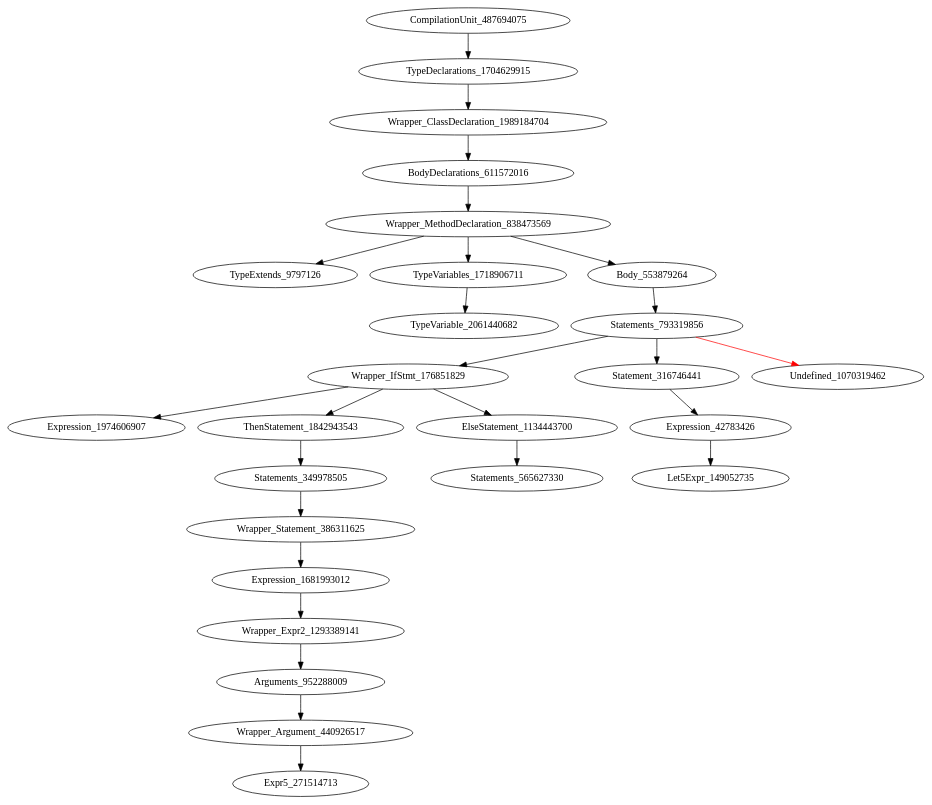
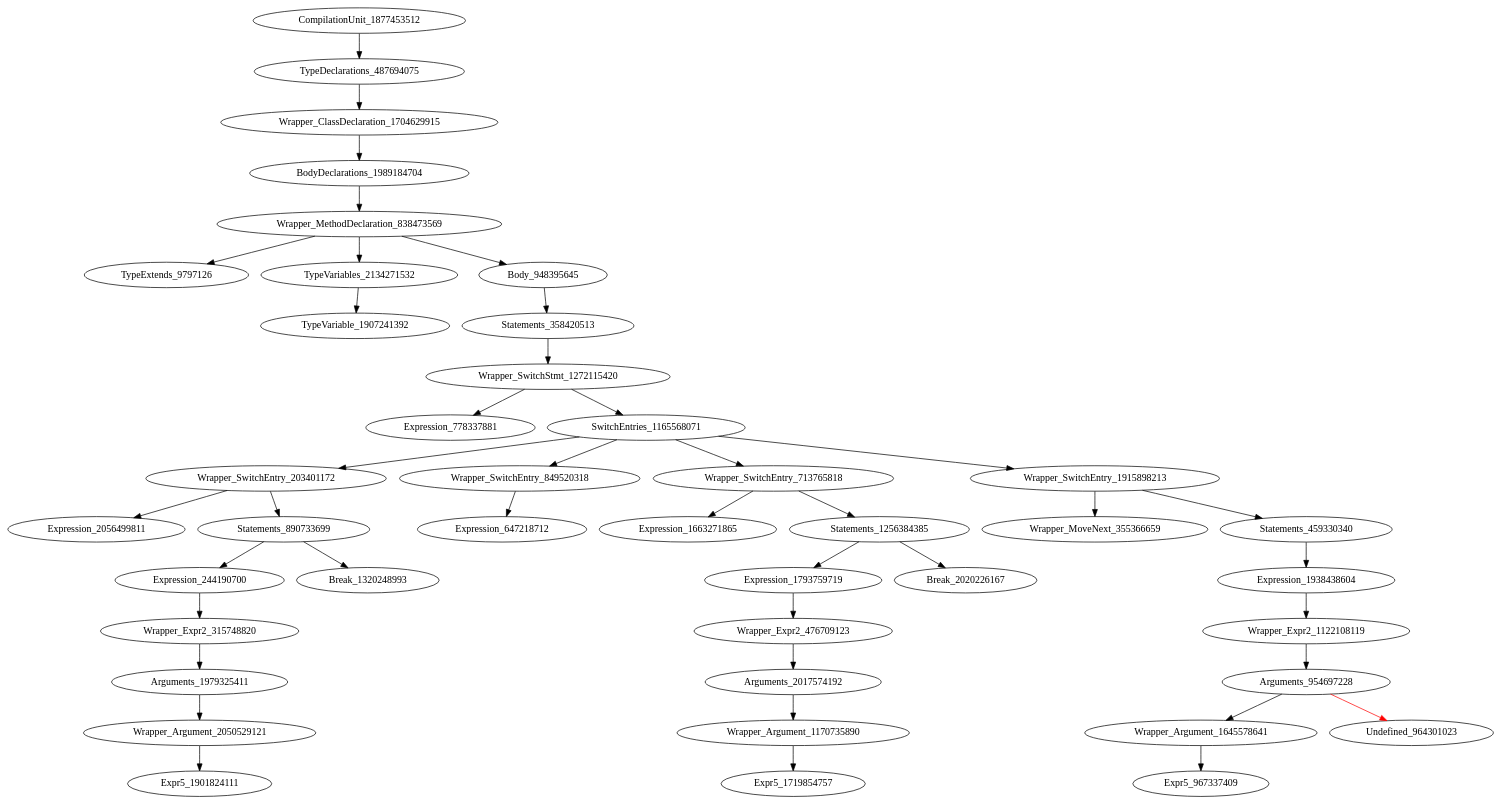
Before and after one commit to icse2023material/VoiceJava: the diagram in holeAST.dot, drawn with Graphviz. The commit also changed 6 other files, not shown here.

Commit message:
[add] clever move for switch

```diff
--- a/holeAST.dot
+++ b/holeAST.dot
@@ -1,27 +1,43 @@
 digraph {
-CompilationUnit_487694075 -> TypeDeclarations_1704629915
-TypeDeclarations_1704629915 -> Wrapper_ClassDeclaration_1989184704
-Wrapper_ClassDeclaration_1989184704 -> BodyDeclarations_611572016
-BodyDeclarations_611572016 -> Wrapper_MethodDeclaration_838473569
+CompilationUnit_1877453512 -> TypeDeclarations_487694075
+TypeDeclarations_487694075 -> Wrapper_ClassDeclaration_1704629915
+Wrapper_ClassDeclaration_1704629915 -> BodyDeclarations_1989184704
+BodyDeclarations_1989184704 -> Wrapper_MethodDeclaration_838473569
 Wrapper_MethodDeclaration_838473569 -> TypeExtends_9797126
-Wrapper_MethodDeclaration_838473569 -> TypeVariables_1718906711
-Wrapper_MethodDeclaration_838473569 -> Body_553879264
-TypeVariables_1718906711 -> TypeVariable_2061440682
-Body_553879264 -> Statements_793319856
-Statements_793319856 -> Wrapper_IfStmt_176851829
-Statements_793319856 -> Statement_316746441
-Statements_793319856 -> Undefined_1070319462 [color = red] 
-Wrapper_IfStmt_176851829 -> Expression_1974606907
-Wrapper_IfStmt_176851829 -> ThenStatement_1842943543
-Wrapper_IfStmt_176851829 -> ElseStatement_1134443700
-Statement_316746441 -> Expression_42783426
-ThenStatement_1842943543 -> Statements_349978505
-ElseStatement_1134443700 -> Statements_565627330
-Expression_42783426 -> Let5Expr_149052735
-Statements_349978505 -> Wrapper_Statement_386311625
-Wrapper_Statement_386311625 -> Expression_1681993012
-Expression_1681993012 -> Wrapper_Expr2_1293389141
-Wrapper_Expr2_1293389141 -> Arguments_952288009
-Arguments_952288009 -> Wrapper_Argument_440926517
-Wrapper_Argument_440926517 -> Expr5_271514713
+Wrapper_MethodDeclaration_838473569 -> TypeVariables_2134271532
+Wrapper_MethodDeclaration_838473569 -> Body_948395645
+TypeVariables_2134271532 -> TypeVariable_1907241392
+Body_948395645 -> Statements_358420513
+Statements_358420513 -> Wrapper_SwitchStmt_1272115420
+Wrapper_SwitchStmt_1272115420 -> Expression_778337881
+Wrapper_SwitchStmt_1272115420 -> SwitchEntries_1165568071
+SwitchEntries_1165568071 -> Wrapper_SwitchEntry_203401172
+SwitchEntries_1165568071 -> Wrapper_SwitchEntry_849520318
+SwitchEntries_1165568071 -> Wrapper_SwitchEntry_713765818
+SwitchEntries_1165568071 -> Wrapper_SwitchEntry_1915898213
+Wrapper_SwitchEntry_203401172 -> Expression_2056499811
+Wrapper_SwitchEntry_203401172 -> Statements_890733699
+Wrapper_SwitchEntry_849520318 -> Expression_647218712
+Wrapper_SwitchEntry_713765818 -> Expression_1663271865
+Wrapper_SwitchEntry_713765818 -> Statements_1256384385
+Wrapper_SwitchEntry_1915898213 -> Wrapper_MoveNext_355366659
+Wrapper_SwitchEntry_1915898213 -> Statements_459330340
+Statements_890733699 -> Expression_244190700
+Statements_890733699 -> Break_1320248993
+Statements_1256384385 -> Expression_1793759719
+Statements_1256384385 -> Break_2020226167
+Statements_459330340 -> Expression_1938438604
+Expression_244190700 -> Wrapper_Expr2_315748820
+Expression_1793759719 -> Wrapper_Expr2_476709123
+Expression_1938438604 -> Wrapper_Expr2_1122108119
+Wrapper_Expr2_315748820 -> Arguments_1979325411
+Wrapper_Expr2_476709123 -> Arguments_2017574192
+Wrapper_Expr2_1122108119 -> Arguments_954697228
+Arguments_1979325411 -> Wrapper_Argument_2050529121
+Arguments_2017574192 -> Wrapper_Argument_1170735890
+Arguments_954697228 -> Wrapper_Argument_1645578641
+Arguments_954697228 -> Undefined_964301023 [color = red] 
+Wrapper_Argument_2050529121 -> Expr5_1901824111
+Wrapper_Argument_1170735890 -> Expr5_1719854757
+Wrapper_Argument_1645578641 -> Expr5_967337409
 }
```
